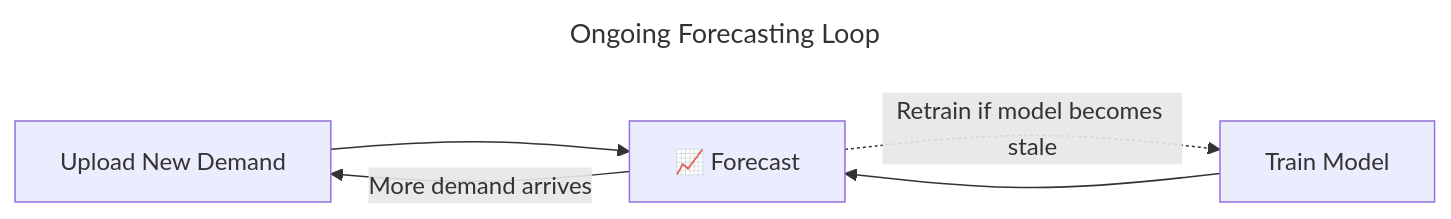
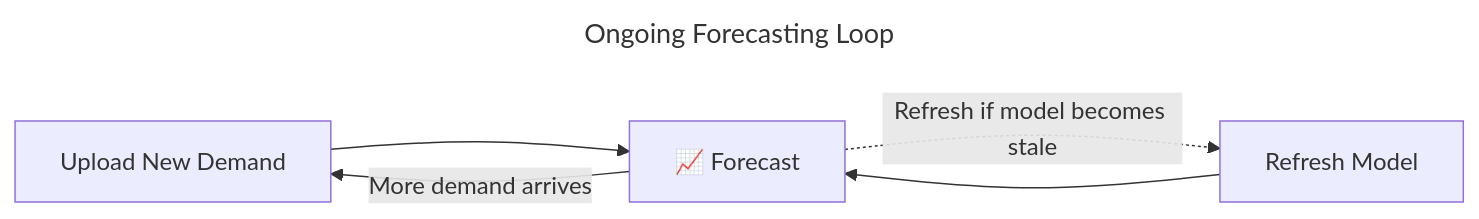
Before and after one commit to predicthq/gitbook-tech-docs: the second of 2 diagrams in docs/tech-docs/getting-started/guides/forecasts-api-guides/getting-started.md, drawn with Mermaid. The commit also changed other lines of this file and 9 other files, not shown here.

First line of the commit message:
PROJ-1342: Document the CFFM foundation-model algorithm and refresh endpoint

````diff
--- a/docs/tech-docs/getting-started/guides/forecasts-api-guides/getting-started.md
+++ b/docs/tech-docs/getting-started/guides/forecasts-api-guides/getting-started.md
@@ -258,10 +260,10 @@
 ```mermaid
 ---
 title: Ongoing Forecasting Loop
 ---
 flowchart LR
     C[Upload New Demand] --> E[📈 Forecast]
     E -->|More demand arrives| C
-    E -.->|Retrain if model becomes stale| D[Train Model]
+    E -.->|Refresh if model becomes stale| D[Refresh Model]
     D --> E
 ```
````
